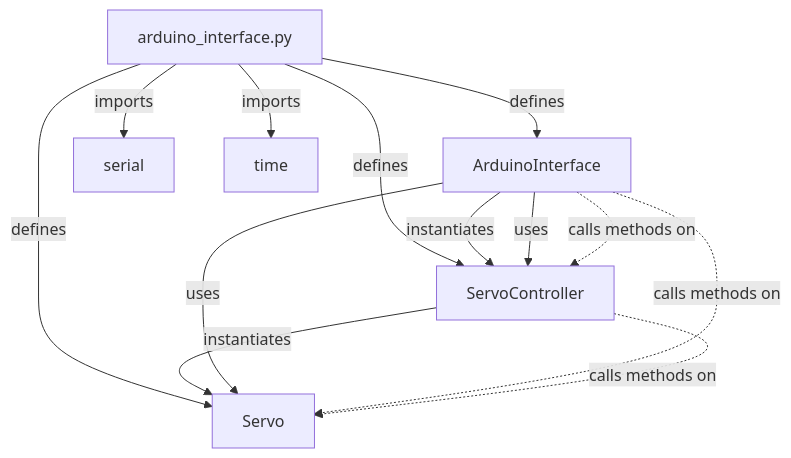
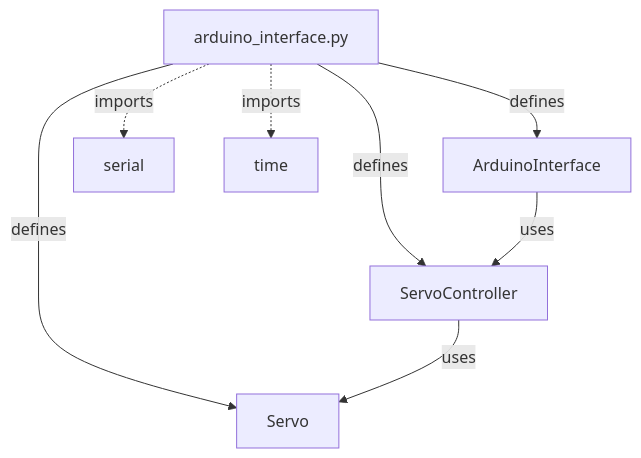
The diagram in wheatley/hardware/AI_Graph.md (simonedland/Wheatley), drawn with Mermaid before and after one commit. The commit also changed 20 other files, not shown here.

First line of the commit message:
Refactor STT and TTS modules: Update AI graphs, enhance README documentation, and improve utility scripts

````diff
--- a/wheatley/hardware/AI_Graph.md
+++ b/wheatley/hardware/AI_Graph.md
@@ -3,26 +3,17 @@
 ```mermaid
 graph TD
-    arduino_interface.py["arduino_interface.py"]
-    %% Classes
-    arduino_interface.py -->|defines| ArduinoInterface
-    arduino_interface.py -->|defines| Servo
-    arduino_interface.py -->|defines| ServoController
+    arduino_interface_py["arduino_interface.py"]
 
-    %% Internal usage
-    ArduinoInterface -->|instantiates| ServoController
-    ServoController -->|instantiates| Servo
+    %% Classes in arduino_interface.py
+    arduino_interface_py -->|defines| ArduinoInterface
+    arduino_interface_py -->|defines| Servo
+    arduino_interface_py -->|defines| ServoController
 
+    %% Internal relationships
     ArduinoInterface -->|uses| ServoController
-    ArduinoInterface -->|uses| Servo
+    ServoController -->|uses| Servo
 
     %% External dependencies
-    arduino_interface.py -->|imports| serial
-    arduino_interface.py -->|imports| time
-
-    %% Relationships
-    ArduinoInterface -.->|calls methods on| ServoController
-    ArduinoInterface -.->|calls methods on| Servo
-    ServoController -.->|calls methods on| Servo
-
-    %% No other files in directory
+    arduino_interface_py -.->|imports| serial
+    arduino_interface_py -.->|imports| time
 ```
````
